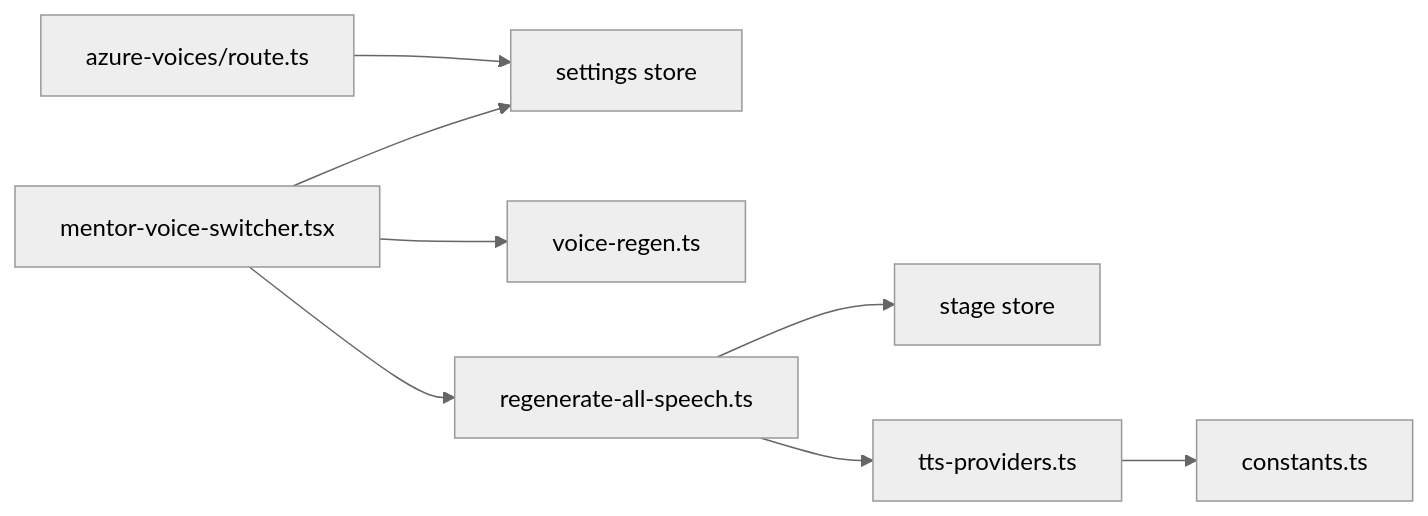
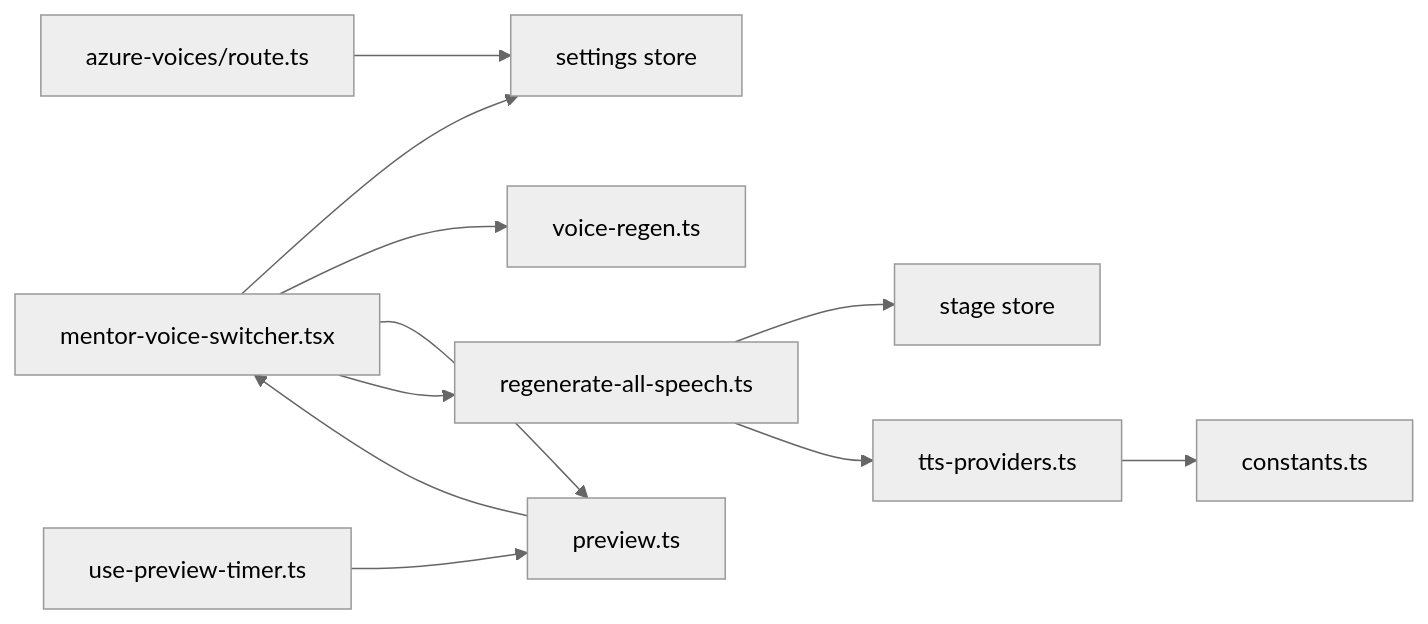
Diagram 12 of 12 in .qoder/repowiki/zh/content/UI 组件系统/课堂播放组件/导师语音切换器组件.md (huangboheng/OpenMAIC), drawn with Mermaid (neutral theme) before and after one commit. The commit also changed other lines of this file and 41 other files, not shown here.

````diff
--- a/.qoder/repowiki/zh/content/UI 组件系统/课堂播放组件/导师语音切换器组件.md
+++ b/.qoder/repowiki/zh/content/UI 组件系统/课堂播放组件/导师语音切换器组件.md
@@ -440,10 +617,13 @@
 ```mermaid
 graph LR
 VS["mentor-voice-switcher.tsx"] --> SS["settings store"]
 VS --> VR["voice-regen.ts"]
+VS --> PS["preview.ts"]
 VS --> RA["regenerate-all-speech.ts"]
 RA --> ST["stage store"]
 RA --> TP["tts-providers.ts"]
 TP --> CT["constants.ts"]
 AZ["azure-voices/route.ts"] --> SS
+PT["use-preview-timer.ts"] --> PS
+PS --> VS
 ```
````
